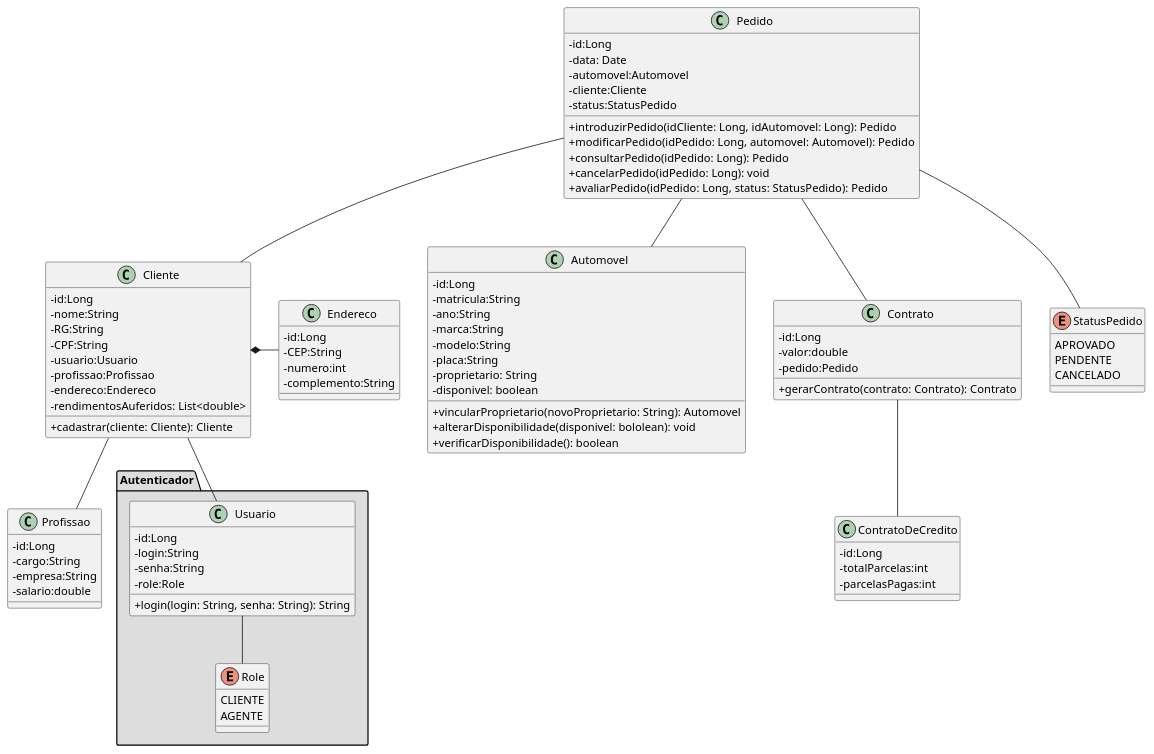
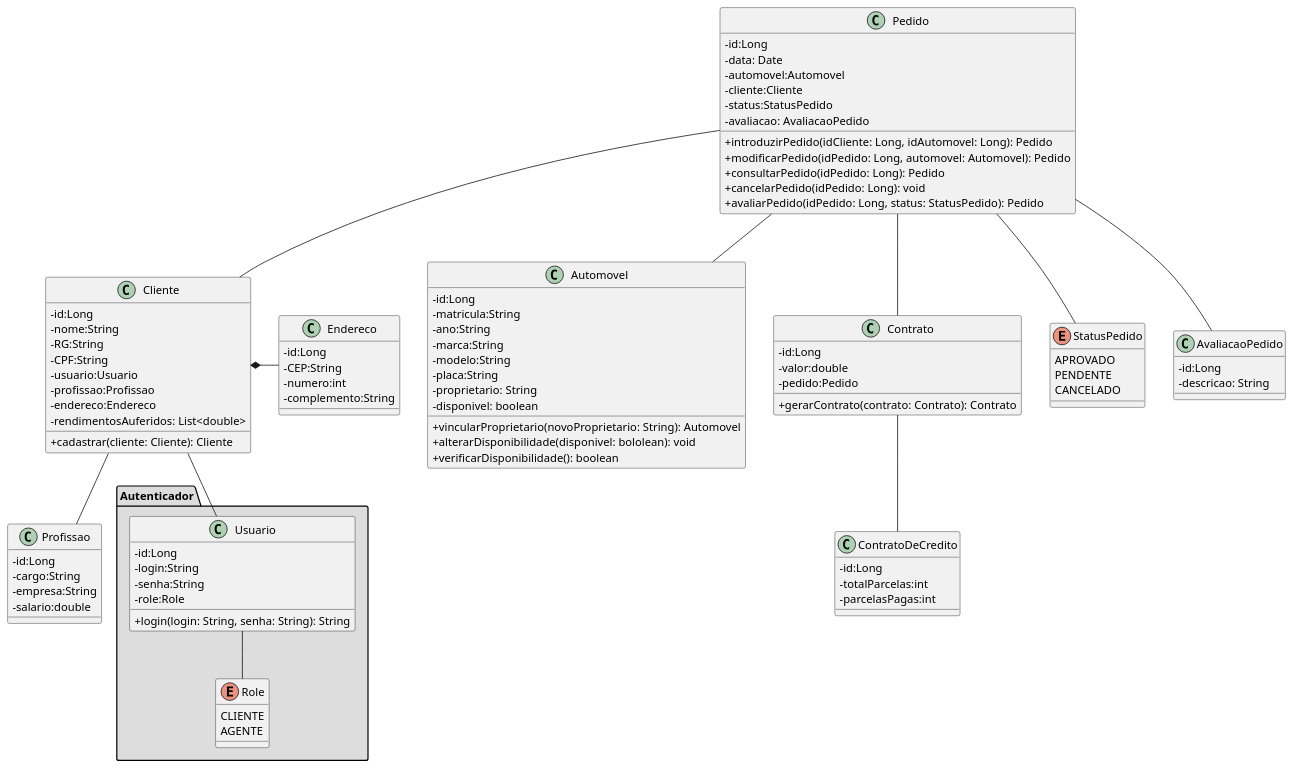
The diagram in projeto/DiagramaDeClasse/diagramaDeClasse.puml (pedromaximocampos/Laboratorio-Desenvolvimento-02), drawn with PlantUML before and after one commit. The commit also changed 1 other file, not shown here.

```diff
--- a/projeto/DiagramaDeClasse/diagramaDeClasse.puml
+++ b/projeto/DiagramaDeClasse/diagramaDeClasse.puml
@@ -1,112 +1,119 @@
 @startuml
 skinparam classAttributeIconSize 0
 
 package "Autenticador" #DDDDDD {
 
 class Usuario{
 -id:Long
 -login:String
 -senha:String
 -role:Role
 
 +login(login: String, senha: String): String
 }
 
 enum Role{
     CLIENTE
     AGENTE
 }
 
 Usuario -- Role
 }
 
 class Cliente{
  -id:Long
  -nome:String
  -RG:String
  -CPF:String
  -usuario:Usuario
  -profissao:Profissao
  -endereco:Endereco
  -rendimentosAuferidos: List<double>
 
  +cadastrar(cliente: Cliente): Cliente
 }
 
 class Endereco{
 -id:Long
 -CEP:String
 -numero:int
 -complemento:String
 }
 
 class Profissao{
 -id:Long
 -cargo:String
 -empresa:String
 -salario:double
 }
 
 class Automovel{
 -id:Long
 -matricula:String
 -ano:String
 -marca:String
 -modelo:String
 -placa:String
 -proprietario: String
 -disponivel: boolean
 
 +vincularProprietario(novoProprietario: String): Automovel
 +alterarDisponibilidade(disponivel: bololean): void
 +verificarDisponibilidade(): boolean
 }
 
 class Contrato{
 -id:Long
 -valor:double
 -pedido:Pedido
 
 +gerarContrato(contrato: Contrato): Contrato
 }
 
 class ContratoDeCredito{
 -id:Long
 -totalParcelas:int
 -parcelasPagas:int
 }
 
 
 class Pedido{
 -id:Long
 -data: Date
 -automovel:Automovel
 -cliente:Cliente
 -status:StatusPedido
+-avaliacao: AvaliacaoPedido
 
 +introduzirPedido(idCliente: Long, idAutomovel: Long): Pedido
 +modificarPedido(idPedido: Long, automovel: Automovel): Pedido
 +consultarPedido(idPedido: Long): Pedido
 +cancelarPedido(idPedido: Long): void
 +avaliarPedido(idPedido: Long, status: StatusPedido): Pedido
 }
 
 
 enum StatusPedido{
     APROVADO
     PENDENTE
     CANCELADO
 }
 
+class AvaliacaoPedido{
+-id:Long
+-descricao: String
+}
+
 Pedido -- Cliente
 Pedido -- Automovel
 Pedido -- Contrato
 Pedido -- StatusPedido
+Pedido -- AvaliacaoPedido
 
 Cliente -- Usuario
 Cliente -- Profissao
 Cliente *- Endereco
 
 Contrato -- ContratoDeCredito
 
 @enduml
```
